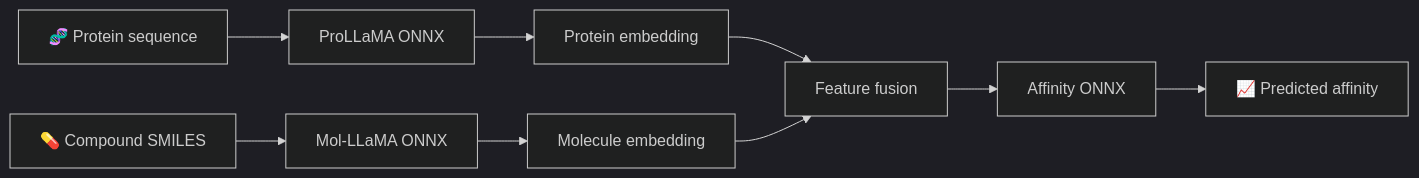
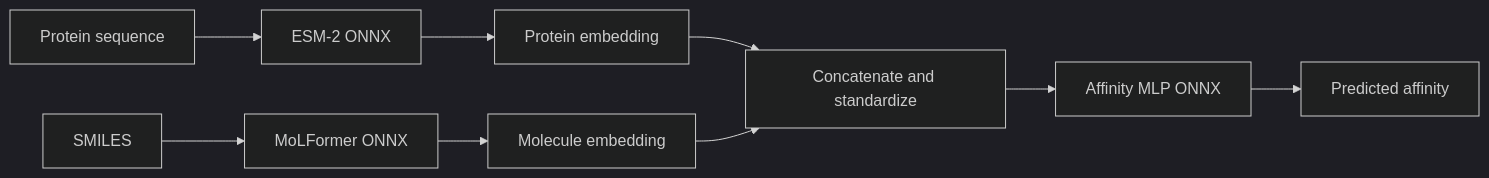
One commit to karthikeyanr103/Protein-Ligand-Affinity-Prediction-Using-LLM changed the first of 2 diagrams in README.md. Above: the diagram before and after it, drawn with Mermaid (dark theme). The commit also changed other lines of this file and 13 other files, not shown here.

````diff
--- a/README.md
+++ b/README.md
@@ -31,11 +26,11 @@
 ```mermaid
 flowchart LR
-    P["🧬 Protein sequence"] --> PRO["ProLLaMA ONNX"]
-    S["💊 Compound SMILES"] --> MOL["Mol-LLaMA ONNX"]
-    PRO --> PE["Protein embedding"]
-    MOL --> ME["Molecule embedding"]
-    PE --> F["Feature fusion"]
-    ME --> F
-    F --> A["Affinity ONNX"]
-    A --> Y["📈 Predicted affinity"]
+    P["Protein sequence"] --> E["ESM-2 ONNX"]
+    M["SMILES"] --> F["MoLFormer ONNX"]
+    E --> PE["Protein embedding"]
+    F --> ME["Molecule embedding"]
+    PE --> C["Concatenate and standardize"]
+    ME --> C
+    C --> H["Affinity MLP ONNX"]
+    H --> Y["Predicted affinity"]
 ```
````
